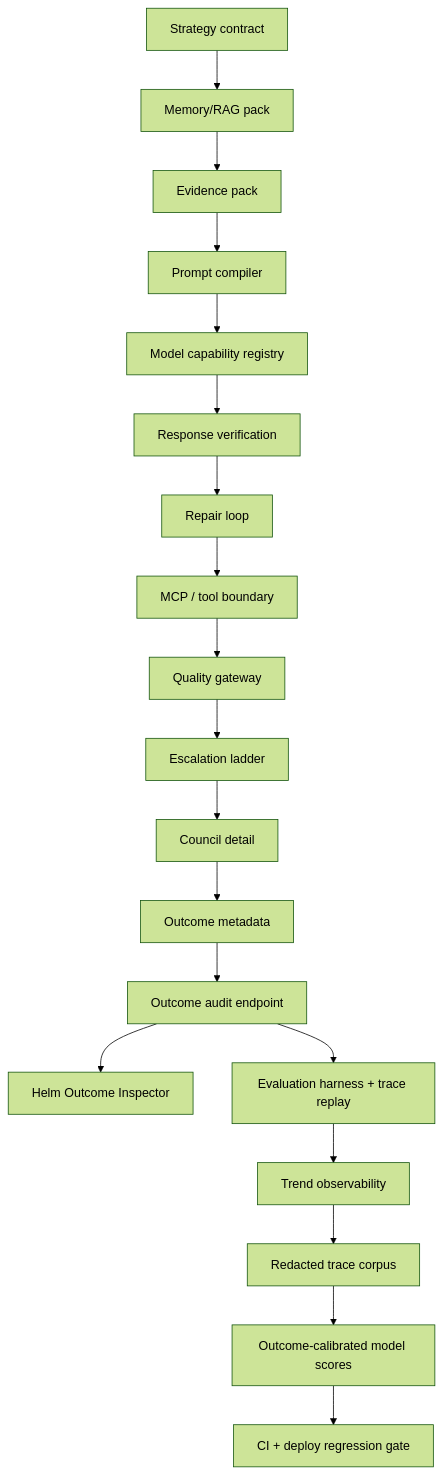
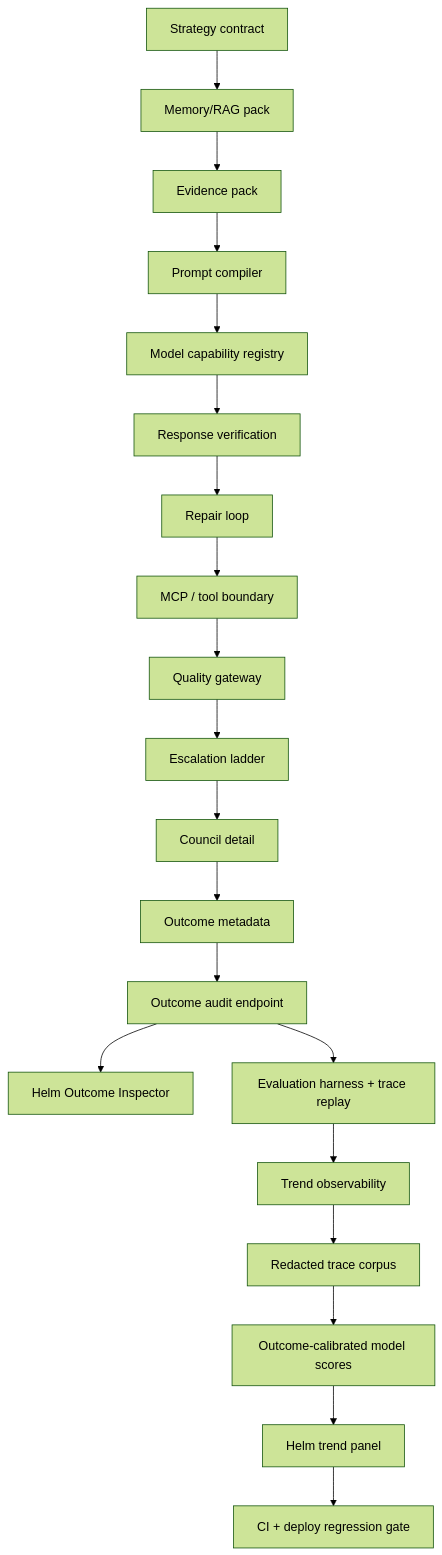
Before and after one commit to kphaas/jarvis-alpha: the second of 2 diagrams in docs/audit/AT0_CHAT_QUALITY_ARCHITECTURE_GAP_LEDGER_2026-07-09.md, drawn with Mermaid (forest theme). The commit also changed other lines of this file and 1 other file, not shown here.

````diff
--- a/docs/audit/AT0_CHAT_QUALITY_ARCHITECTURE_GAP_LEDGER_2026-07-09.md
+++ b/docs/audit/AT0_CHAT_QUALITY_ARCHITECTURE_GAP_LEDGER_2026-07-09.md
@@ -30,21 +30,22 @@
 ```mermaid
 flowchart TD
     S["Strategy contract"] --> M["Memory/RAG pack"]
     M --> C["Evidence pack"]
     C --> P["Prompt compiler"]
     P --> R["Model capability registry"]
     R --> V["Response verification"]
     V --> RL["Repair loop"]
     RL --> TB["MCP / tool boundary"]
     TB --> Q["Quality gateway"]
     Q --> E["Escalation ladder"]
     E --> D["Council detail"]
     D --> O["Outcome metadata"]
     O --> A["Outcome audit endpoint"]
     A --> H["Helm Outcome Inspector"]
     A --> EV["Evaluation harness + trace replay"]
     EV --> T["Trend observability"]
     T --> RC["Redacted trace corpus"]
     RC --> MS["Outcome-calibrated model scores"]
-    MS --> G["CI + deploy regression gate"]
+    MS --> HP["Helm trend panel"]
+    HP --> G["CI + deploy regression gate"]
 ```
````
